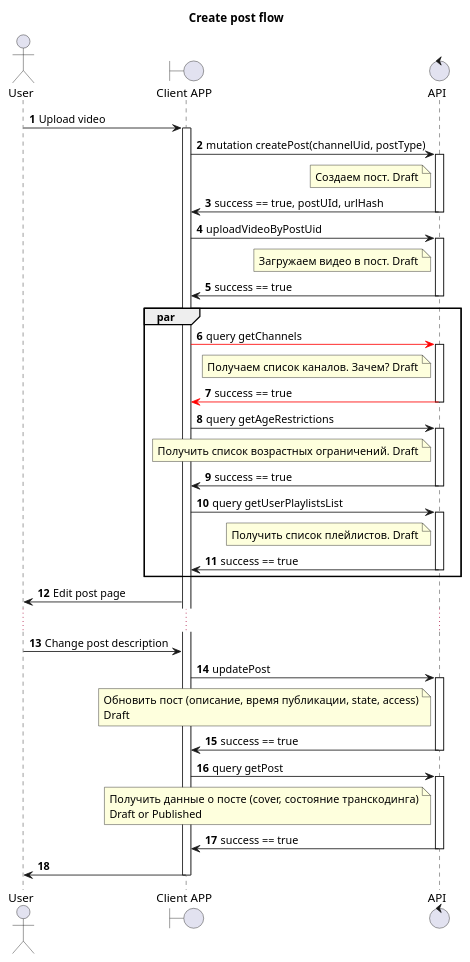
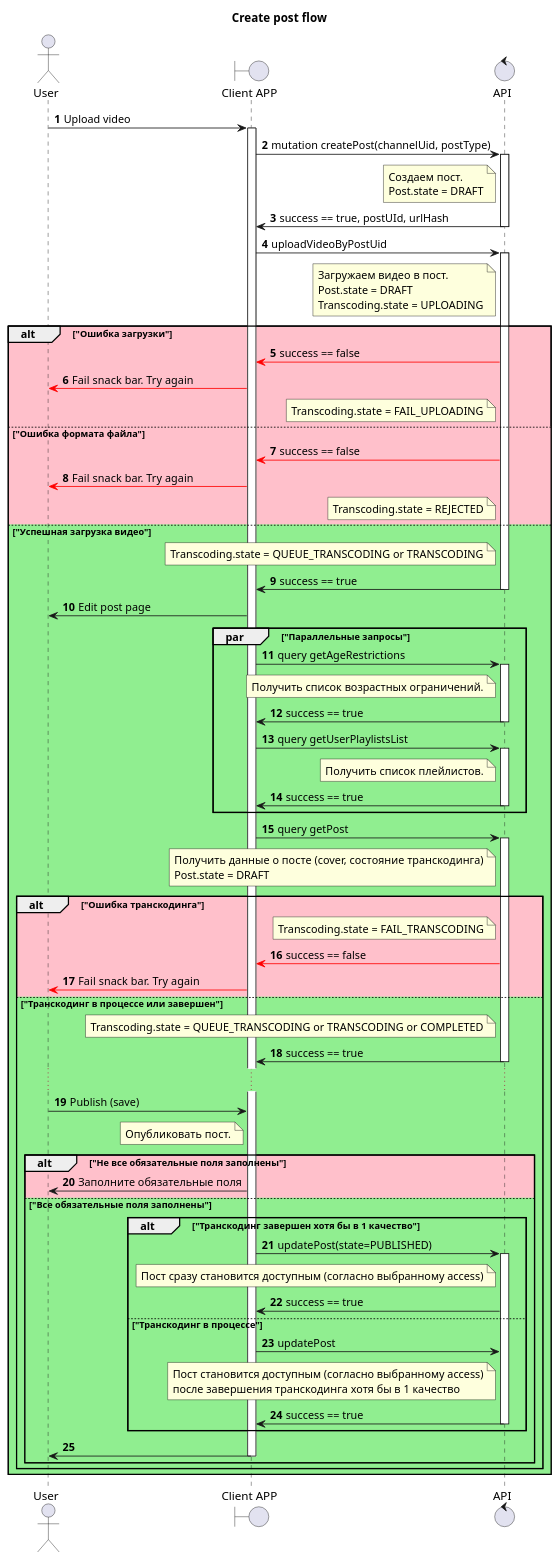
One commit to algruwork/work changed the diagram in schemas/create_post.puml. Above: the diagram before and after it, drawn with PlantUML.

Commit message:
create post flow fixes

```diff
--- a/schemas/create_post.puml
+++ b/schemas/create_post.puml
@@ -1,75 +1,117 @@
 @startuml
 'https://plantuml.com/sequence-diagram
 
 title "Create post flow"
 actor User as U
 boundary "Client APP" as GUI
 control "API" as A
 
 autonumber
 
 U -> GUI: Upload video
 activate GUI
 GUI -> A: mutation createPost(channelUid, postType)
 activate A
 note left A
-Создаем пост. Draft
+Создаем пост.
+Post.state = DRAFT
 end note
 A -> GUI: success == true, postUId, urlHash
 deactivate A
 
 GUI -> A: uploadVideoByPostUid
 activate A
 note left A
-Загружаем видео в пост. Draft
+Загружаем видео в пост.
+Post.state = DRAFT
+Transcoding.state = UPLOADING
+end note
+alt #Pink "Ошибка загрузки"
+A -[#Red]> GUI: success == false
+GUI -[#Red]> U: Fail snack bar. Try again
+note left A
+Transcoding.state = FAIL_UPLOADING
+end note
+else  #Pink "Ошибка формата файла"
+A -[#Red]> GUI: success == false
+GUI -[#Red]> U: Fail snack bar. Try again
+note left A
+Transcoding.state = REJECTED
+end note
+else #LightGreen "Успешная загрузка видео"
+note left A
+Transcoding.state = QUEUE_TRANSCODING or TRANSCODING
 end note
 A -> GUI: success == true
 deactivate A
+GUI -> U: Edit post page
 
-par
-GUI -[#Red]> A: query getChannels
-activate A
-note left A
-Получаем список каналов. Зачем? Draft
-end note
-A -[#Red]> GUI: success == true
-deactivate A
-
+par "Параллельные запросы"
 GUI -> A: query getAgeRestrictions
 activate A
 note left A
-Получить список возрастных ограничений. Draft
+Получить список возрастных ограничений.
 end note
 A -> GUI: success == true
 deactivate A
 
 GUI -> A: query getUserPlaylistsList
 activate A
 note left A
-Получить список плейлистов. Draft
+Получить список плейлистов.
+end note
+A -> GUI: success == true
+deactivate A
+end par
+
+
+GUI -> A: query getPost
+activate A
+note left A
+Получить данные о посте (cover, состояние транскодинга)
+Post.state = DRAFT
+end note
+
+alt #Pink "Ошибка транскодинга"
+note left A
+Transcoding.state = FAIL_TRANSCODING
+end note
+A -[#Red]> GUI: success == false
+GUI -[#Red]> U: Fail snack bar. Try again
+else #LightGreen "Транскодинг в процессе или завершен"
+note left A
+Transcoding.state = QUEUE_TRANSCODING or TRANSCODING or COMPLETED
+end note
+A -> GUI: success == true
+deactivate A
+...
+
+U -> GUI: Publish (save)
+note left GUI
+Опубликовать пост.
+end note
+alt #Pink "Не все обязательные поля заполнены"
+GUI -> U: Заполните обязательные поля
+else #LightGreen "Все обязательные поля заполнены"
+alt "Транскодинг завершен хотя бы в 1 качество"
+GUI -> A: updatePost(state=PUBLISHED)
+activate A
+note left A
+Пост сразу становится доступным (согласно выбранному access)
+end note
+A -> GUI: success == true
+else "Транскодинг в процессе"
+GUI -> A: updatePost
+note left A
+Пост становится доступным (согласно выбранному access)
+после завершения транскодинга хотя бы в 1 качество
 end note
 A -> GUI: success == true
 deactivate A
 end
-GUI -> U: Edit post page
-...
-U -> GUI: Change post description
-GUI -> A: updatePost
-activate A
-note left A
-Обновить пост (описание, время публикации, state, access)
-Draft
-end note
-A -> GUI: success == true
-deactivate A
-GUI -> A: query getPost
-activate A
-note left A
-Получить данные о посте (cover, состояние транскодинга)
-Draft or Published
-end note
-A -> GUI: success == true
-deactivate A
 GUI -> U:
 deactivate GUI
+end
+end alt
+end alt
 @enduml
```
